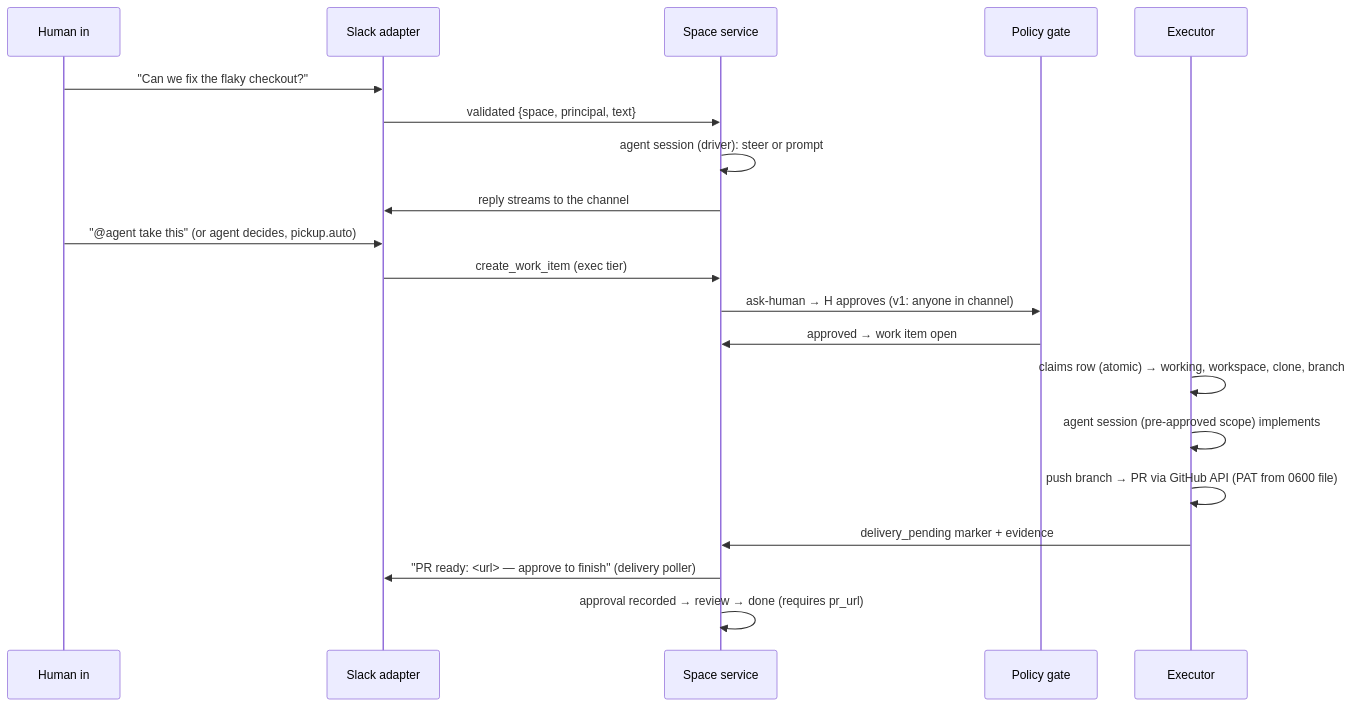
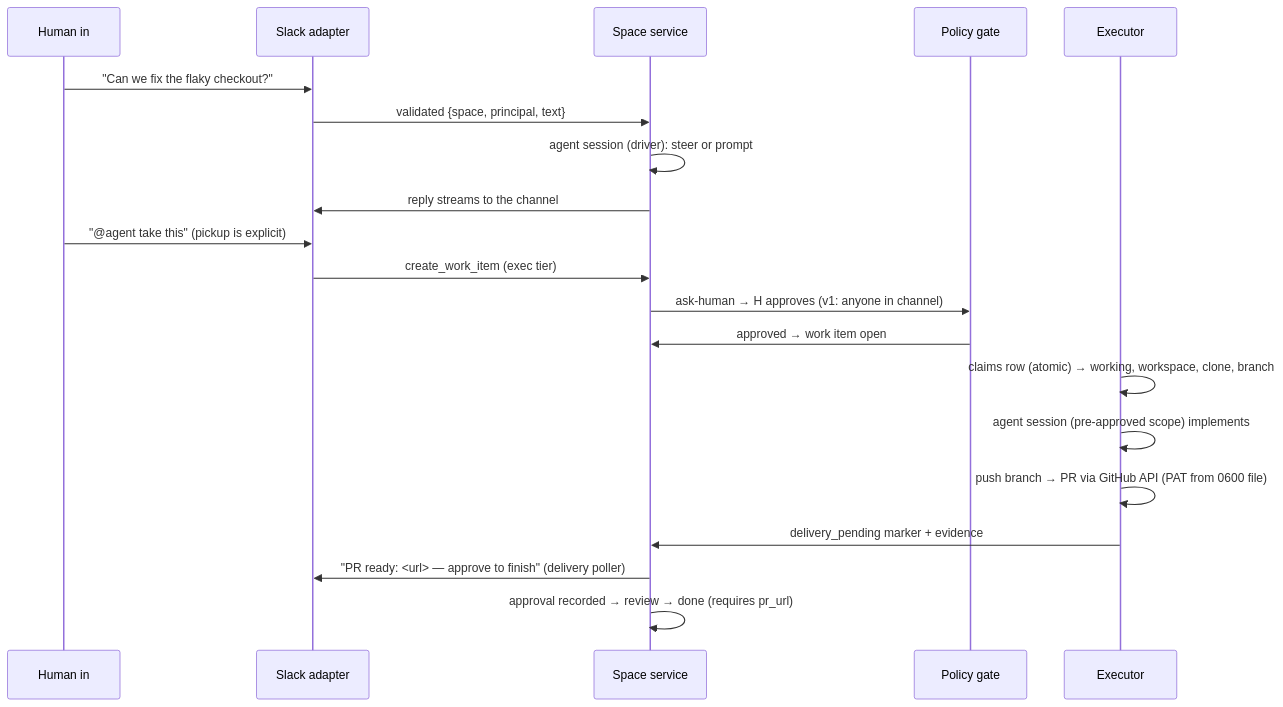
Before and after one commit to serrrfirat/bottega: the diagram in README.md, drawn with Mermaid. The commit also changed other lines of this file, not shown here.

First line of the commit message:
docs: drop pickup.auto references from README (refs #33)

````diff
--- a/README.md
+++ b/README.md
@@ -117,22 +117,22 @@
 ```mermaid
 sequenceDiagram
     participant H as Human in #team
     participant A as Slack adapter
     participant S as Space service
     participant P as Policy gate
     participant E as Executor
     H->>A: "Can we fix the flaky checkout?"
     A->>S: validated {space, principal, text}
     S->>S: agent session (driver): steer or prompt
     S->>A: reply streams to the channel
-    H->>A: "@agent take this" (or agent decides, pickup.auto)
+    H->>A: "@agent take this" (pickup is explicit)
     A->>S: create_work_item (exec tier)
     S->>P: ask-human → H approves (v1: anyone in channel)
     P->>S: approved → work item open
     E->>E: claims row (atomic) → working, workspace, clone, branch
     E->>E: agent session (pre-approved scope) implements
     E->>E: push branch → PR via GitHub API (PAT from 0600 file)
     E->>S: delivery_pending marker + evidence
     S->>A: "PR ready: <url> — approve to finish" (delivery poller)
     S->>S: approval recorded → review → done (requires pr_url)
 ```
````
